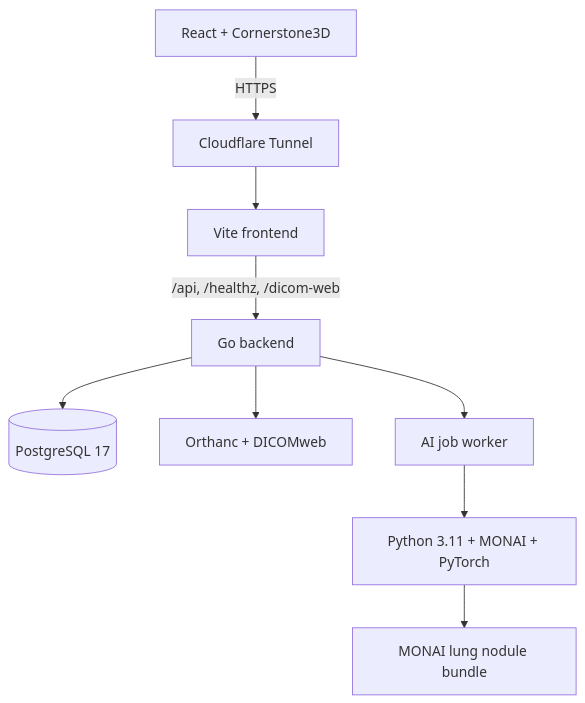
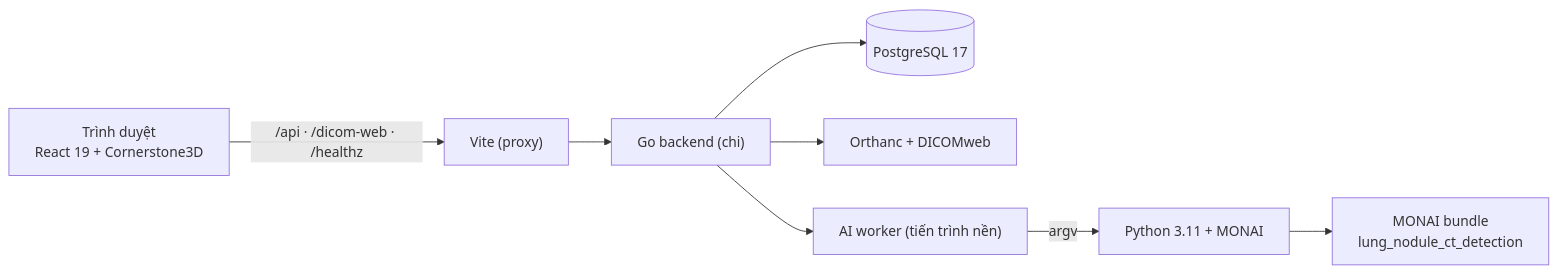
Before and after one commit to do-tien/ai_ct_systems: the diagram in README.md, drawn with Mermaid. The commit also changed other lines of this file, not shown here.

````diff
--- a/README.md
+++ b/README.md
@@ -74,11 +40,10 @@
 ```mermaid
-flowchart TB
-    Browser[React + Cornerstone3D] -->|HTTPS| Tunnel[Cloudflare Tunnel]
-    Tunnel --> Vite[Vite frontend]
-    Vite -->|/api, /healthz, /dicom-web| API[Go backend]
-    API --> DB[(PostgreSQL 17)]
-    API --> Orthanc[Orthanc + DICOMweb]
-    API --> Worker[AI job worker]
-    Worker --> Python[Python 3.11 + MONAI + PyTorch]
-    Python --> Bundle[MONAI lung nodule bundle]
+flowchart LR
+    B["Trình duyệt<br/>React 19 + Cornerstone3D"] -->|"/api · /dicom-web · /healthz"| V["Vite (proxy)"]
+    V --> A["Go backend (chi)"]
+    A --> P[("PostgreSQL 17")]
+    A --> O["Orthanc + DICOMweb"]
+    A --> W["AI worker (tiến trình nền)"]
+    W -->|argv| Y["Python 3.11 + MONAI"]
+    Y --> M["MONAI bundle<br/>lung_nodule_ct_detection"]
 ```
````
